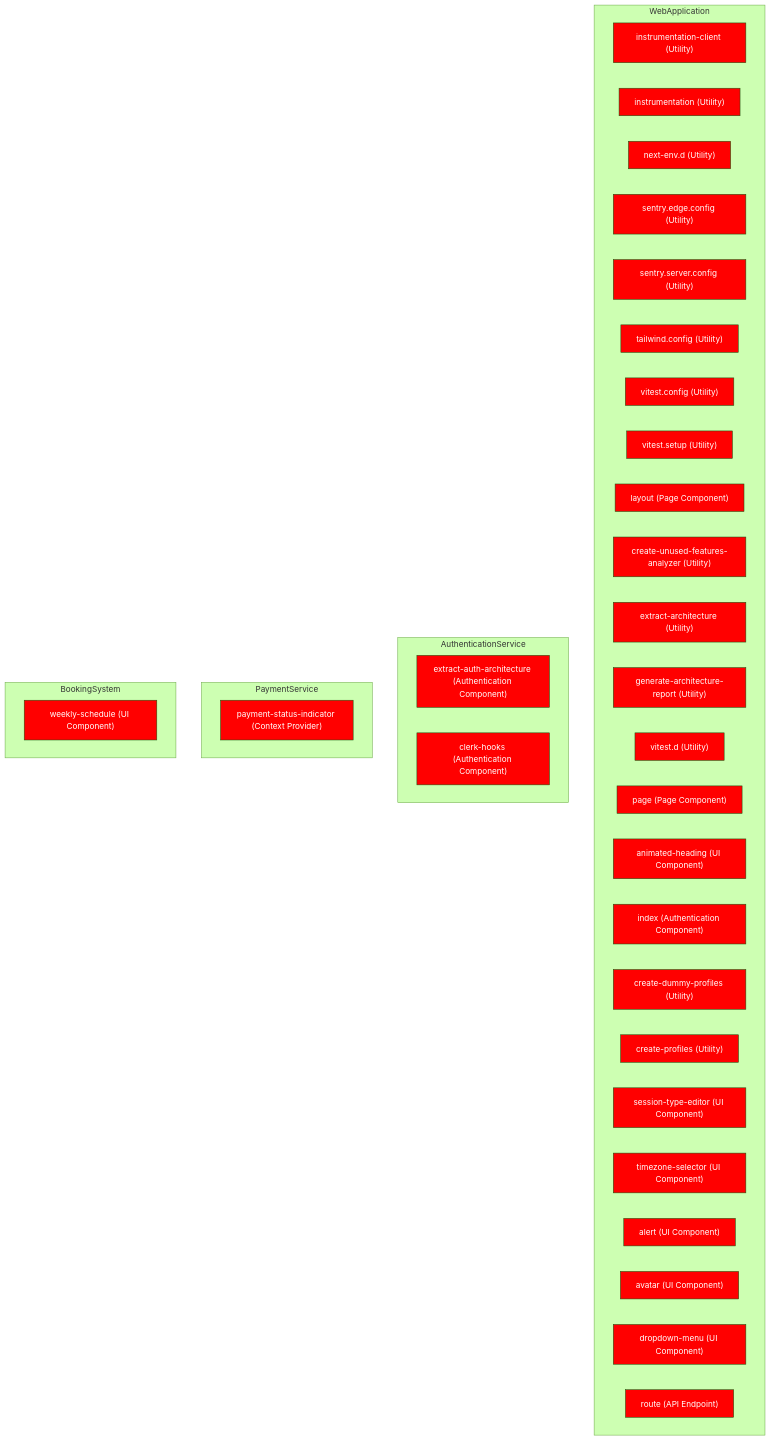
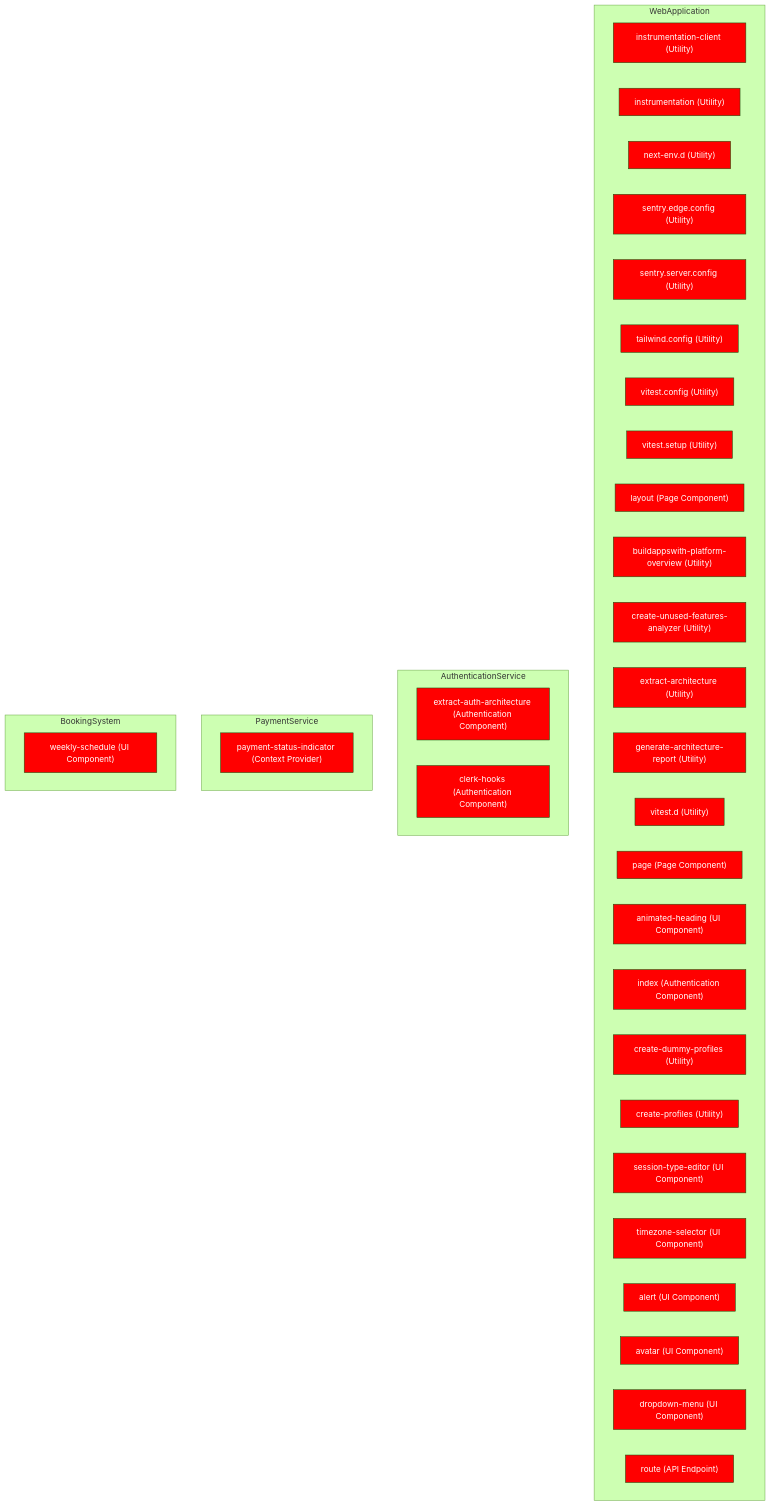
Before and after one commit to liam-jons/buildappswith: the diagram in docs/architecture/analysis/unused-components-diagram.mmd, drawn with Mermaid (forest theme). The commit also changed 64 other files, not shown here.

```diff
--- a/docs/architecture/analysis/unused-components-diagram.mmd
+++ b/docs/architecture/analysis/unused-components-diagram.mmd
@@ -1,108 +1,109 @@
 graph TD
     subgraph WebApplication
         instrumentation_client["instrumentation-client (Utility)"]:::unused
         instrumentation["instrumentation (Utility)"]:::unused
         next_env_d["next-env.d (Utility)"]:::unused
         sentry_edge_config["sentry.edge.config (Utility)"]:::unused
         sentry_server_config["sentry.server.config (Utility)"]:::unused
         tailwind_config["tailwind.config (Utility)"]:::unused
         vitest_config["vitest.config (Utility)"]:::unused
         vitest_setup["vitest.setup (Utility)"]:::unused
         layout["layout (Page Component)"]:::unused
+        buildappswith_platform_overview["buildappswith-platform-overview (Utility)"]:::unused
         create_unused_features_analyzer["create-unused-features-analyzer (Utility)"]:::unused
         extract_architecture["extract-architecture (Utility)"]:::unused
         generate_architecture_report["generate-architecture-report (Utility)"]:::unused
         vitest_d["vitest.d (Utility)"]:::unused
         layout["layout (Page Component)"]:::unused
         page["page (Page Component)"]:::unused
         layout["layout (Page Component)"]:::unused
         layout["layout (Page Component)"]:::unused
         page["page (Page Component)"]:::unused
         layout["layout (Page Component)"]:::unused
         page["page (Page Component)"]:::unused
         animated_heading["animated-heading (UI Component)"]:::unused
         index["index (Utility)"]:::unused
         index["index (Utility)"]:::unused
         create_dummy_profiles["create-dummy-profiles (Utility)"]:::unused
         create_profiles["create-profiles (Utility)"]:::unused
         page["page (Page Component)"]:::unused
         page["page (Page Component)"]:::unused
         page["page (Page Component)"]:::unused
         page["page (Page Component)"]:::unused
         page["page (Page Component)"]:::unused
         page["page (Page Component)"]:::unused
         page["page (Page Component)"]:::unused
         page["page (Page Component)"]:::unused
         page["page (Page Component)"]:::unused
         page["page (Page Component)"]:::unused
         page["page (Page Component)"]:::unused
         layout["layout (Page Component)"]:::unused
         page["page (Page Component)"]:::unused
         layout["layout (Page Component)"]:::unused
         page["page (Page Component)"]:::unused
         layout["layout (Page Component)"]:::unused
         page["page (Page Component)"]:::unused
         layout["layout (Page Component)"]:::unused
         page["page (Page Component)"]:::unused
         page["page (Page Component)"]:::unused
         page["page (Page Component)"]:::unused
         page["page (Page Component)"]:::unused
         page["page (Page Component)"]:::unused
         page["page (Page Component)"]:::unused
         page["page (Page Component)"]:::unused
         page["page (Page Component)"]:::unused
         page["page (Page Component)"]:::unused
         index["index (Utility)"]:::unused
         index["index (Utility)"]:::unused
         session_type_editor["session-type-editor (UI Component)"]:::unused
         timezone_selector["timezone-selector (UI Component)"]:::unused
         index["index (Utility)"]:::unused
         alert["alert (UI Component)"]:::unused
         avatar["avatar (UI Component)"]:::unused
         dropdown_menu["dropdown-menu (UI Component)"]:::unused
         index["index (Utility)"]:::unused
         page["page (Page Component)"]:::unused
         page["page (Page Component)"]:::unused
         page["page (Page Component)"]:::unused
         page["page (Page Component)"]:::unused
         page["page (Page Component)"]:::unused
         route["route (API Endpoint)"]:::unused
         route["route (API Endpoint)"]:::unused
         route["route (API Endpoint)"]:::unused
         route["route (API Endpoint)"]:::unused
         route["route (API Endpoint)"]:::unused
         route["route (API Endpoint)"]:::unused
         route["route (API Endpoint)"]:::unused
         route["route (API Endpoint)"]:::unused
         route["route (API Endpoint)"]:::unused
         route["route (API Endpoint)"]:::unused
         route["route (API Endpoint)"]:::unused
         route["route (API Endpoint)"]:::unused
         route["route (API Endpoint)"]:::unused
         route["route (API Endpoint)"]:::unused
     end
 
     subgraph AuthenticationService
         extract_auth_architecture["extract-auth-architecture (Authentication Component)"]:::unused
         clerk_hooks["clerk-hooks (Authentication Component)"]:::unused
         index["index (Authentication Component)"]:::unused
         route["route (API Endpoint)"]:::unused
     end
 
     subgraph PaymentService
         payment_status_indicator["payment-status-indicator (Context Provider)"]:::unused
         page["page (Page Component)"]:::unused
         page["page (Page Component)"]:::unused
         route["route (API Endpoint)"]:::unused
         route["route (API Endpoint)"]:::unused
         route["route (API Endpoint)"]:::unused
     end
 
     subgraph BookingSystem
         weekly_schedule["weekly-schedule (UI Component)"]:::unused
         route["route (API Endpoint)"]:::unused
         route["route (API Endpoint)"]:::unused
     end
 
     classDef unused fill:#FF0000,color:white;
     classDef timeline fill:#0000FF,color:white;
```
